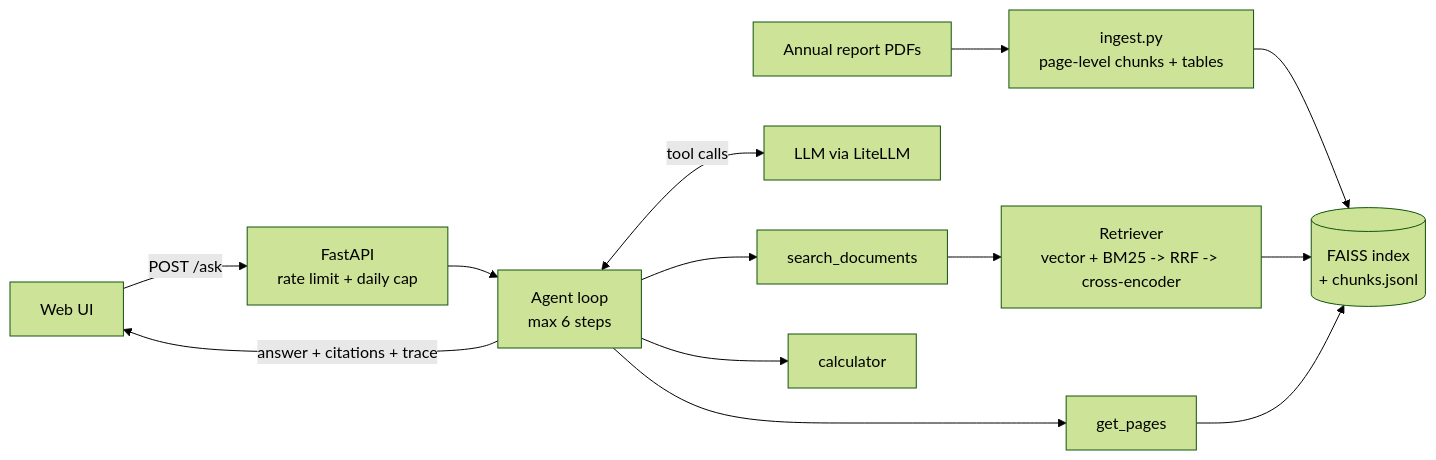
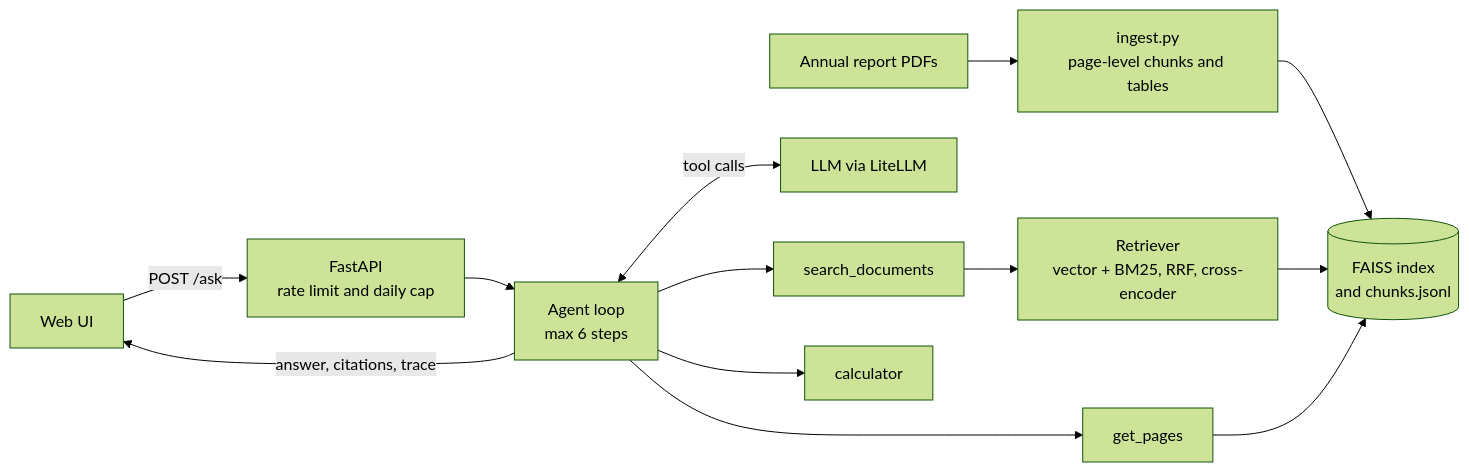
The diagram in README.md (bhargavrrao-web/fin-Rag), drawn with Mermaid (forest theme) before and after one commit. The commit also changed other lines of this file and 8 other files, not shown here.

````diff
--- a/README.md
+++ b/README.md
@@ -23,15 +59,15 @@
 ```mermaid
 flowchart LR
-    PDF[Annual report PDFs] --> ING[ingest.py<br/>page-level chunks + tables]
-    ING --> IDX[(FAISS index<br/>+ chunks.jsonl)]
-    UI[Web UI] -->|POST /ask| API[FastAPI<br/>rate limit + daily cap]
+    PDF[Annual report PDFs] --> ING[ingest.py<br/>page-level chunks and tables]
+    ING --> IDX[(FAISS index<br/>and chunks.jsonl)]
+    UI[Web UI] -->|POST /ask| API[FastAPI<br/>rate limit and daily cap]
     API --> AG[Agent loop<br/>max 6 steps]
     AG <-->|tool calls| LLM[LLM via LiteLLM]
     AG --> T1[search_documents]
     AG --> T2[get_pages]
     AG --> T3[calculator]
-    T1 --> RET[Retriever<br/>vector + BM25 -> RRF -> cross-encoder]
+    T1 --> RET[Retriever<br/>vector + BM25, RRF, cross-encoder]
     RET --> IDX
     T2 --> IDX
-    AG -->|answer + citations + trace| UI
+    AG -->|answer, citations, trace| UI
 ```
````
